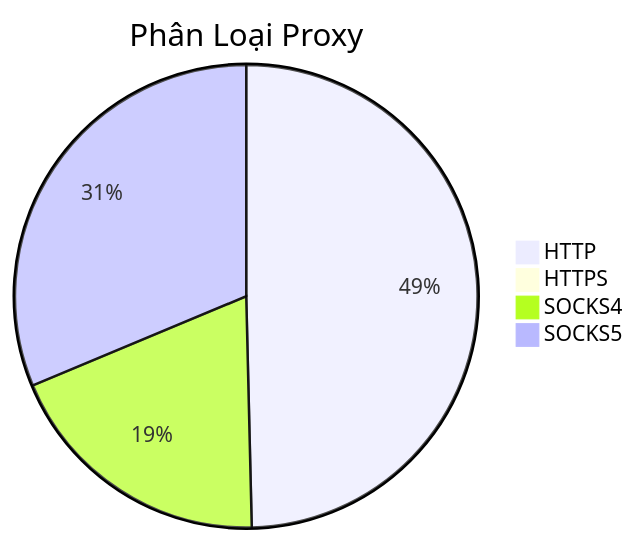
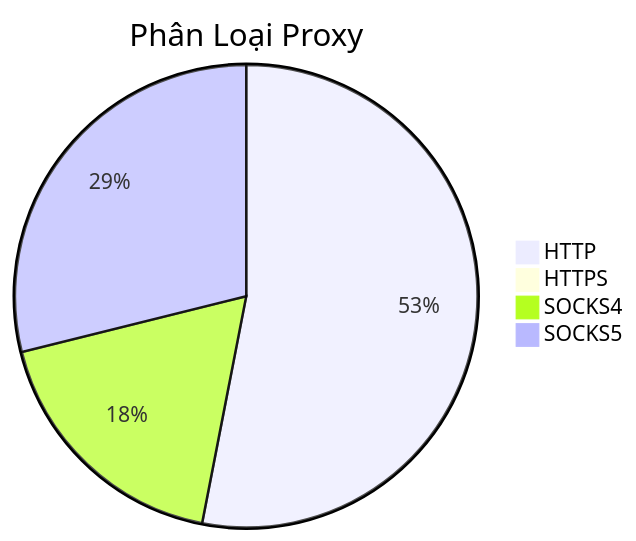
One commit to Ciara-12/PROXY-free changed the diagram in README.md. Above: the diagram before and after it, drawn with Mermaid. The commit also changed other lines of this file and 4 other files, not shown here.

````diff
--- a/README.md
+++ b/README.md
@@ -26,7 +26,7 @@
 ```mermaid
 pie title Phân Loại Proxy
-    "HTTP" : 520
-    "HTTPS" : 3
-    "SOCKS4" : 200
-    "SOCKS5" : 328
+    "HTTP" : 564
+    "HTTPS" : 4
+    "SOCKS4" : 192
+    "SOCKS5" : 307
 ```
````
